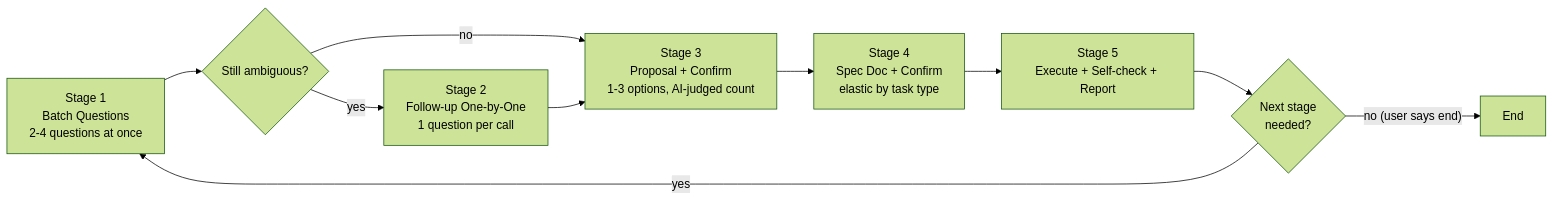
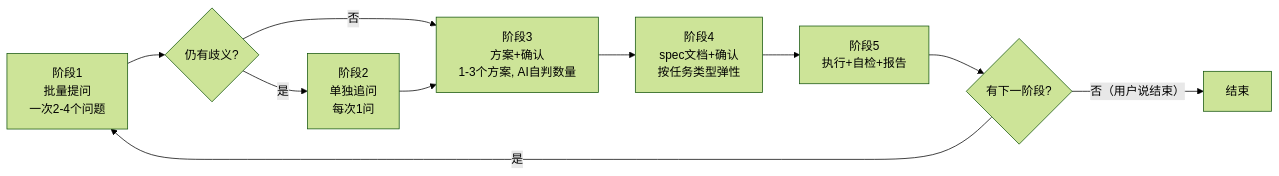
One commit to fujiaze/Iterative-Discussion changed the diagram in README.md. Above: the diagram before and after it, drawn with Mermaid (forest theme). The commit also changed other lines of this file and 2 other files, not shown here.

````diff
--- a/README.md
+++ b/README.md
@@ -24,12 +24,12 @@
 ```mermaid
 flowchart LR
-    A[Stage 1<br/>Batch Questions<br/>2-4 questions at once] --> B{Still ambiguous?}
-    B -- yes --> C[Stage 2<br/>Follow-up One-by-One<br/>1 question per call]
-    B -- no --> D[Stage 3<br/>Proposal + Confirm<br/>1-3 options, AI-judged count]
+    A[阶段1<br/>批量提问<br/>一次2-4个问题] --> B{仍有歧义?}
+    B -- 是 --> C[阶段2<br/>单独追问<br/>每次1问]
+    B -- 否 --> D[阶段3<br/>方案+确认<br/>1-3个方案, AI自判数量]
     C --> D
-    D --> E[Stage 4<br/>Spec Doc + Confirm<br/>elastic by task type]
-    E --> F[Stage 5<br/>Execute + Self-check + Report]
-    F --> G{Next stage<br/>needed?}
-    G -- yes --> A
-    G -- "no (user says end)" --> H[End]
+    D --> E[阶段4<br/>spec文档+确认<br/>按任务类型弹性]
+    E --> F[阶段5<br/>执行+自检+报告]
+    F --> G{有下一阶段?}
+    G -- 是 --> A
+    G -- "否（用户说结束）" --> H[结束]
 ```
````
